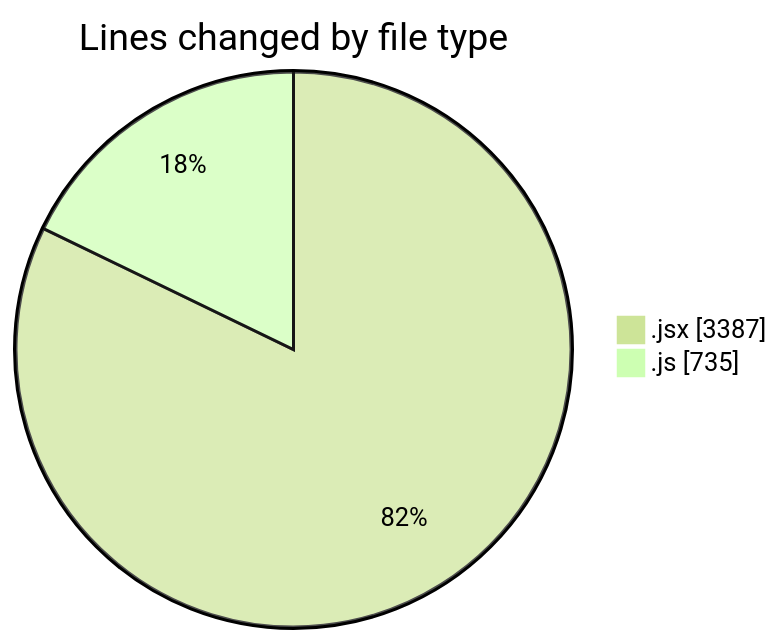
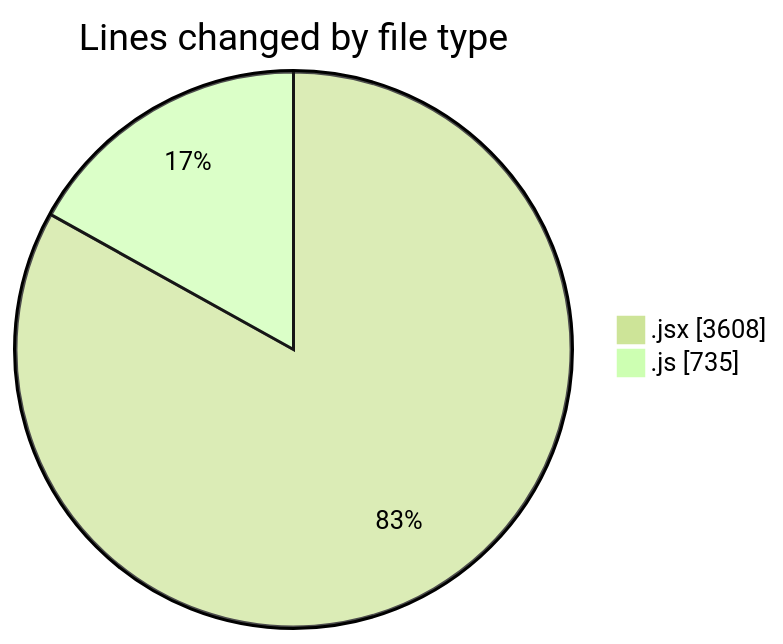
The first of 2 diagrams in 2025-07-21/nxtqube_webapp/README.md (nxtqubesakshisongat/code-tracking), drawn with Mermaid (forest theme) before and after one commit. The commit also changed other lines of this file and 1 other file, not shown here.

````diff
--- a/2025-07-21/nxtqube_webapp/README.md
+++ b/2025-07-21/nxtqube_webapp/README.md
@@ -26,6 +27,6 @@
 ```mermaid
 pie showData
 title Lines changed by file type
-".jsx" : 3387
+".jsx" : 3608
 ".js" : 735
 ```
````
